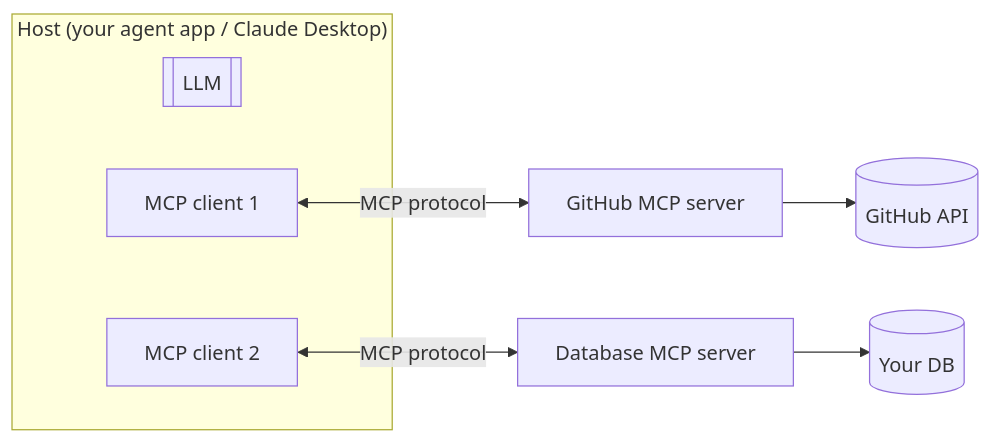
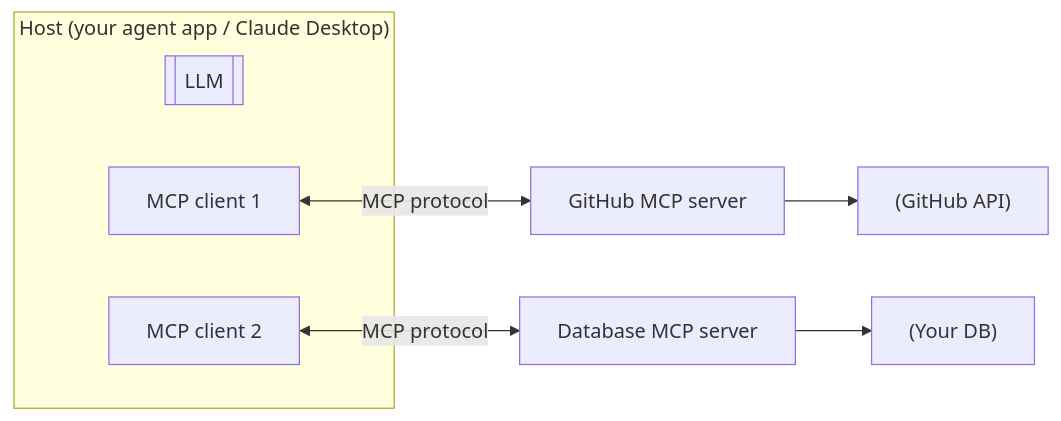
One commit to pankajThakur1874/studysheet changed the second of 4 diagrams in files/Agentic-AI/11-mcp-model-context-protocol.md. Above: the diagram before and after it, drawn with Mermaid. The commit also changed other lines of this file and 102 other files, not shown here.

Commit message:
Auto-fix Mermaid diagram syntax across all study guides to prevent Syntax Error in Mermaid v10

````diff
--- a/files/Agentic-AI/11-mcp-model-context-protocol.md
+++ b/files/Agentic-AI/11-mcp-model-context-protocol.md
@@ -41,12 +41,12 @@
 ```mermaid
 flowchart LR
     subgraph Host["Host (your agent app / Claude Desktop)"]
       LLM[[LLM]]
       C1[MCP client 1]
       C2[MCP client 2]
     end
     C1 <-->|MCP protocol| S1[GitHub MCP server]
     C2 <-->|MCP protocol| S2[Database MCP server]
-    S1 --> GH[(GitHub API)]
-    S2 --> DB[(Your DB)]
+    S1 --> GH["(GitHub API)"]
+    S2 --> DB["(Your DB)"]
 ```
````
